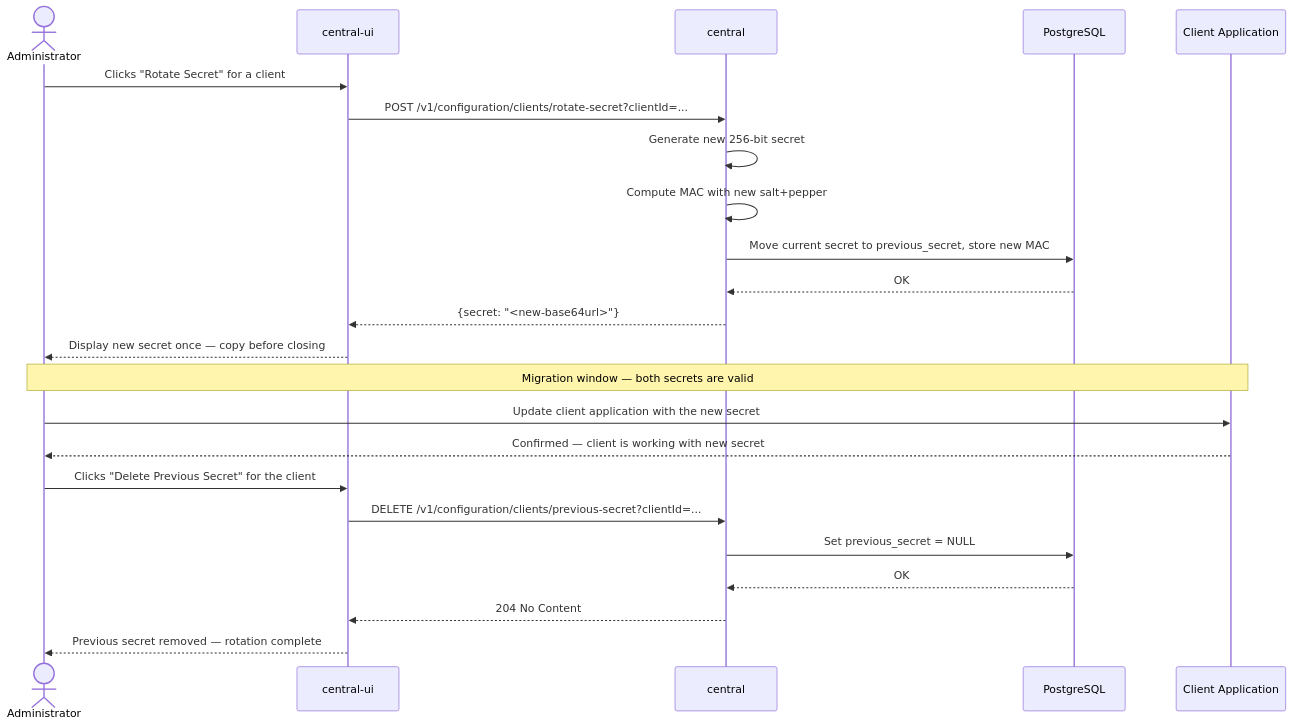
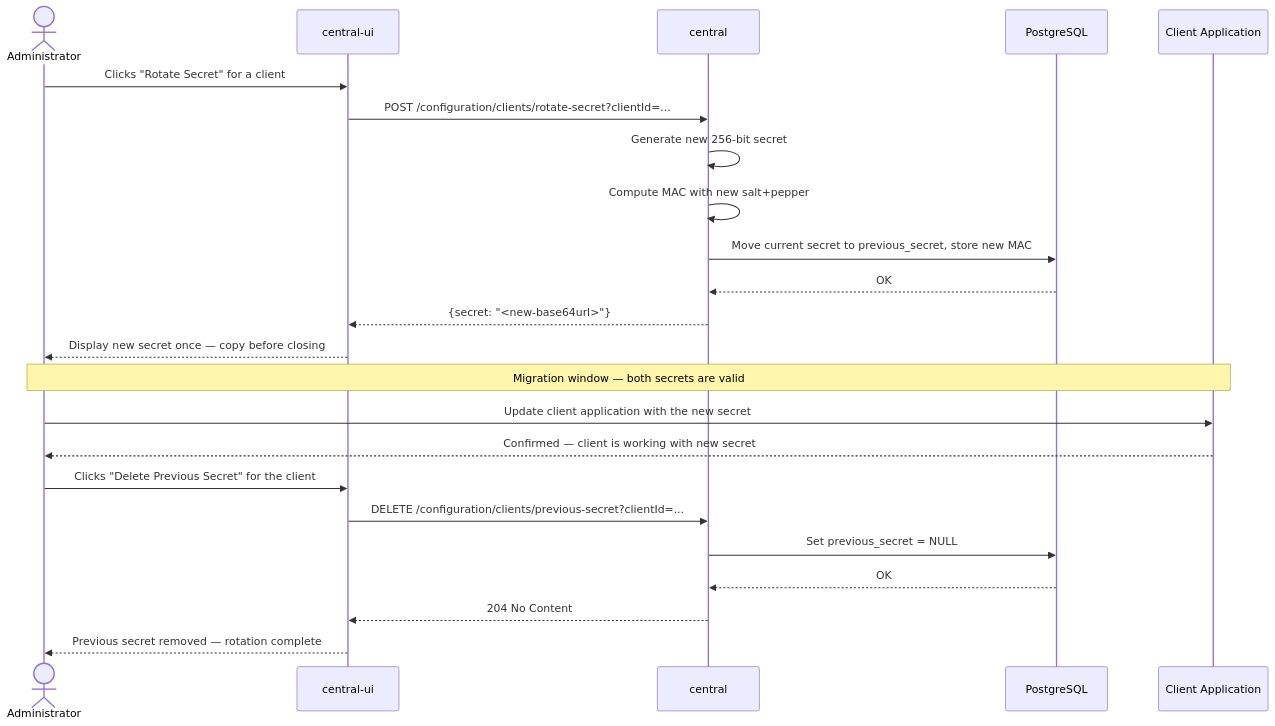
The sixth of 8 diagrams in adr/03_central_service.md (versolauth/versola), drawn with Mermaid before and after one commit. The commit also changed other lines of this file and 234 other files, not shown here.

````diff
--- a/adr/03_central_service.md
+++ b/adr/03_central_service.md
@@ -183,28 +183,28 @@
 ```mermaid
 sequenceDiagram
     actor Admin as Administrator
     participant UI as central-ui
     participant Central as central
     participant DB as PostgreSQL
     participant Client as Client Application
 
     Admin->>UI: Clicks "Rotate Secret" for a client
-    UI->>Central: POST /v1/configuration/clients/rotate-secret?clientId=...
+    UI->>Central: POST /configuration/clients/rotate-secret?clientId=...
     Central->>Central: Generate new 256-bit secret
     Central->>Central: Compute MAC with new salt+pepper
     Central->>DB: Move current secret to previous_secret, store new MAC
     DB-->>Central: OK
     Central-->>UI: {secret: "<new-base64url>"}
     UI-->>Admin: Display new secret once — copy before closing
 
     Note over Admin,Client: Migration window — both secrets are valid
     Admin->>Client: Update client application with the new secret
     Client-->>Admin: Confirmed — client is working with new secret
 
     Admin->>UI: Clicks "Delete Previous Secret" for the client
-    UI->>Central: DELETE /v1/configuration/clients/previous-secret?clientId=...
+    UI->>Central: DELETE /configuration/clients/previous-secret?clientId=...
     Central->>DB: Set previous_secret = NULL
     DB-->>Central: OK
     Central-->>UI: 204 No Content
     UI-->>Admin: Previous secret removed — rotation complete
 ```
````
